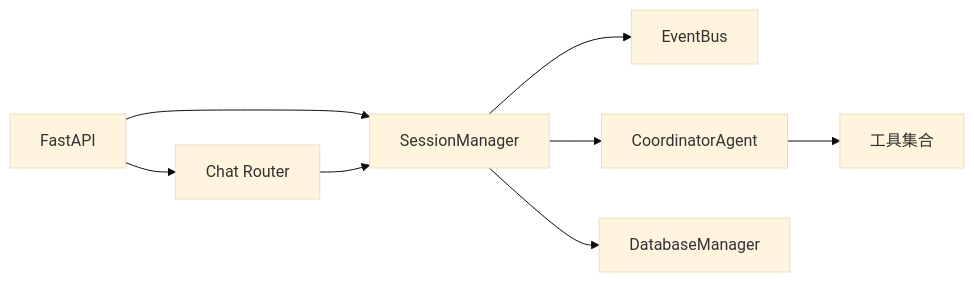
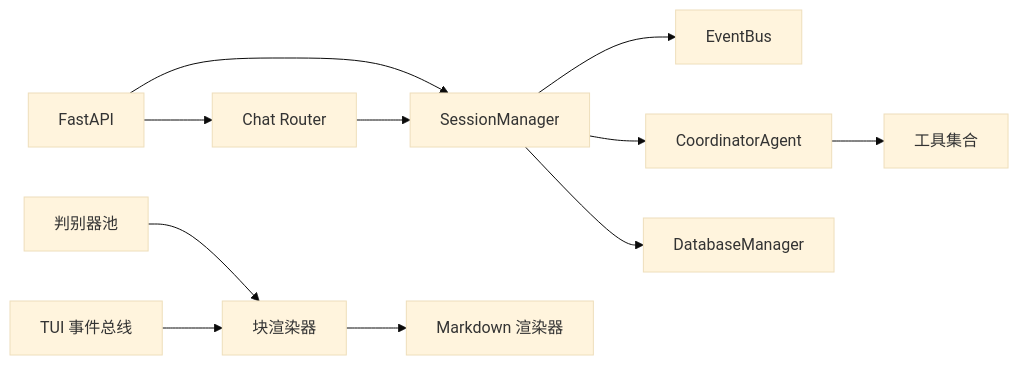
The tenth of 10 diagrams in .qoder/repowiki/zh/content/项目概述/技术架构概览/技术架构概览.md (iammm0/secbot), drawn with Mermaid (base theme) before and after one commit. The commit also changed other lines of this file and 30 other files, not shown here.

````diff
--- a/.qoder/repowiki/zh/content/项目概述/技术架构概览/技术架构概览.md
+++ b/.qoder/repowiki/zh/content/项目概述/技术架构概览/技术架构概览.md
@@ -360,10 +516,13 @@
 ```mermaid
 graph LR
 SM["SessionManager"] --> EB["EventBus"]
 SM --> CA["CoordinatorAgent"]
 CA --> Tools["工具集合"]
 SM --> DB["DatabaseManager"]
 API["FastAPI"] --> SM
 API --> Chat["Chat Router"]
 Chat --> SM
+BlockPool["判别器池"] --> BlockRenderer["块渲染器"]
+BlockRenderer --> Markdown["Markdown 渲染器"]
+TuiEvents["TUI 事件总线"] --> BlockRenderer
 ```
````
